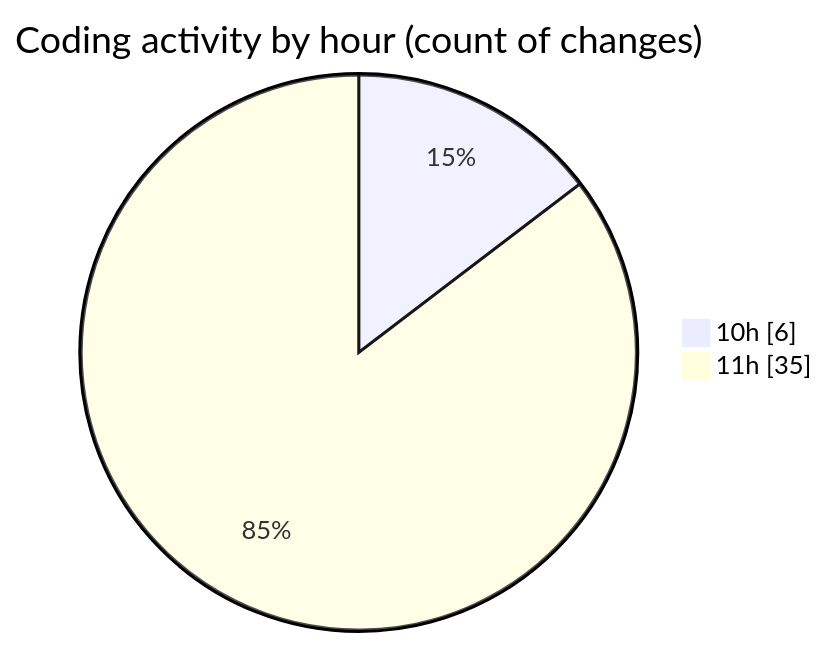
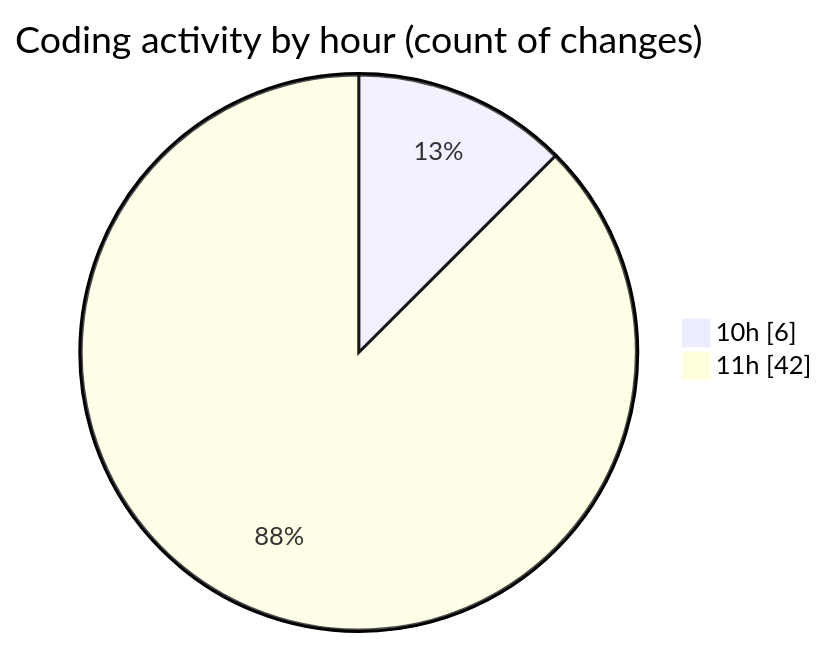
The second of 2 diagrams in 2026-04-09/airfeed-analytics-dashboard/README.md (nxtqubesakshisongat/code-tracking), drawn with Mermaid before and after one commit. The commit also changed other lines of this file and 1 other file, not shown here.

````diff
--- a/2026-04-09/airfeed-analytics-dashboard/README.md
+++ b/2026-04-09/airfeed-analytics-dashboard/README.md
@@ -34,6 +34,6 @@
 ```mermaid
 pie showData
 title Coding activity by hour (count of changes)
 "10h" : 6
-"11h" : 35
+"11h" : 42
 ```
````
